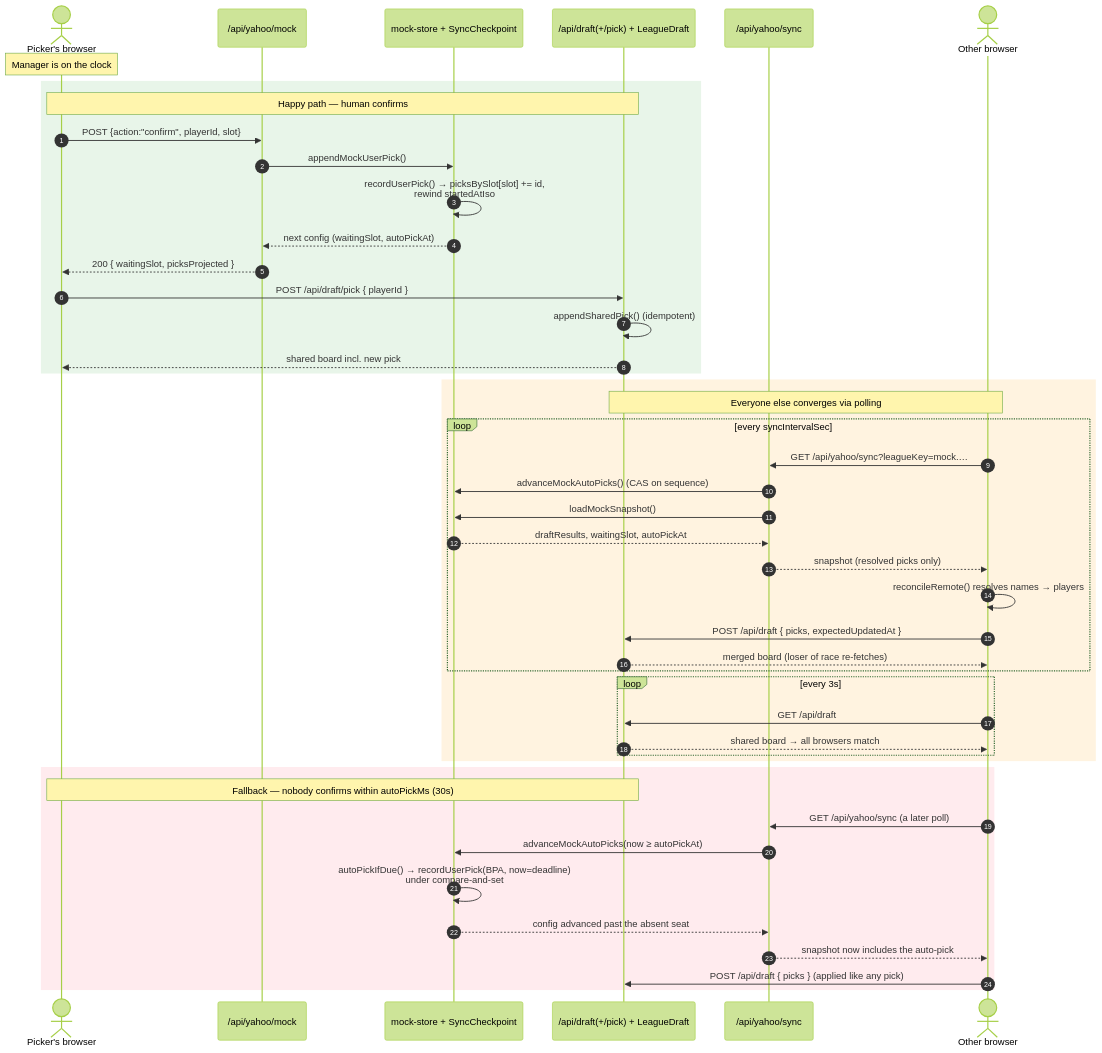
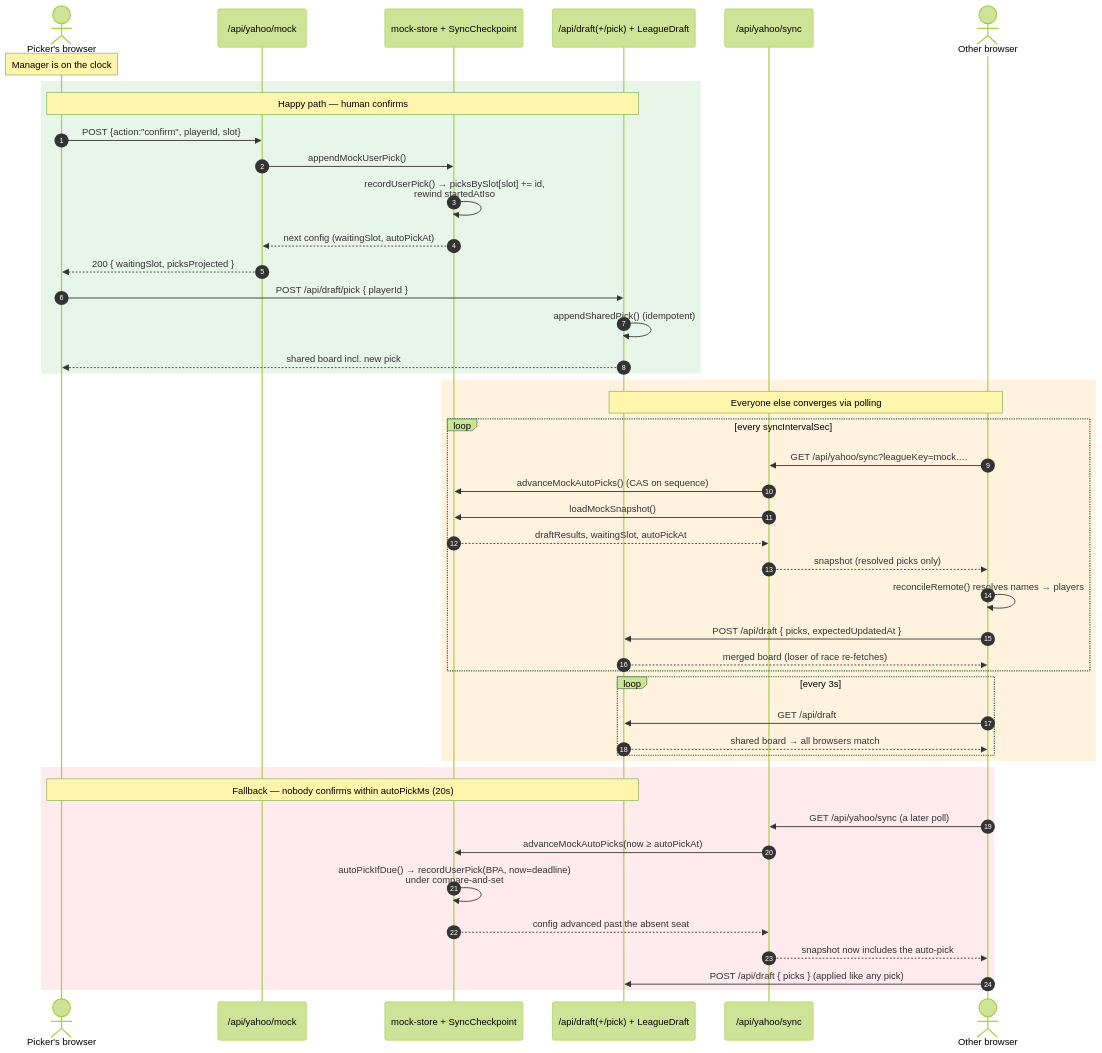
Before and after one commit to dconroy/ai-fantasy-football: the diagram in ARCHITECTURE.md, drawn with Mermaid (forest theme). The commit also changed other lines of this file and 3 other files, not shown here.

Commit message:
Update auto-draft timing from 30 seconds to 20 seconds in ARCHITECTURE.md, HOW-IT-WORKS.md, and route.ts. Adjust Draft Assistant component to reflect changes in auto-pick messaging and improve slot management logic for mock drafts.

````diff
--- a/ARCHITECTURE.md
+++ b/ARCHITECTURE.md
@@ -192,52 +192,52 @@
 ```mermaid
 sequenceDiagram
     autonumber
     actor Picker as Picker's browser
     participant MockAPI as /api/yahoo/mock
     participant Store as mock-store + SyncCheckpoint
     participant Board as /api/draft(+/pick) + LeagueDraft
     participant SyncAPI as /api/yahoo/sync
     actor Other as Other browser
 
     Note over Picker: Manager is on the clock
 
     rect rgb(232, 245, 233)
     Note over Picker,Board: Happy path — human confirms
     Picker->>MockAPI: POST {action:"confirm", playerId, slot}
     MockAPI->>Store: appendMockUserPick()
     Store->>Store: recordUserPick() → picksBySlot[slot] += id,<br/>rewind startedAtIso
     Store-->>MockAPI: next config (waitingSlot, autoPickAt)
     MockAPI-->>Picker: 200 { waitingSlot, picksProjected }
     Picker->>Board: POST /api/draft/pick { playerId }
     Board->>Board: appendSharedPick() (idempotent)
     Board-->>Picker: shared board incl. new pick
     end
 
     rect rgb(255, 243, 224)
     Note over Other,Board: Everyone else converges via polling
     loop every syncIntervalSec
         Other->>SyncAPI: GET /api/yahoo/sync?leagueKey=mock.…
         SyncAPI->>Store: advanceMockAutoPicks() (CAS on sequence)
         SyncAPI->>Store: loadMockSnapshot()
         Store-->>SyncAPI: draftResults, waitingSlot, autoPickAt
         SyncAPI-->>Other: snapshot (resolved picks only)
         Other->>Other: reconcileRemote() resolves names → players
         Other->>Board: POST /api/draft { picks, expectedUpdatedAt }
         Board-->>Other: merged board (loser of race re-fetches)
     end
     loop every 3s
         Other->>Board: GET /api/draft
         Board-->>Other: shared board → all browsers match
     end
     end
 
     rect rgb(255, 235, 238)
-    Note over Picker,Board: Fallback — nobody confirms within autoPickMs (30s)
+    Note over Picker,Board: Fallback — nobody confirms within autoPickMs (20s)
     Other->>SyncAPI: GET /api/yahoo/sync (a later poll)
     SyncAPI->>Store: advanceMockAutoPicks(now ≥ autoPickAt)
     Store->>Store: autoPickIfDue() → recordUserPick(BPA, now=deadline)<br/>under compare-and-set
     Store-->>SyncAPI: config advanced past the absent seat
     SyncAPI-->>Other: snapshot now includes the auto-pick
     Other->>Board: POST /api/draft { picks } (applied like any pick)
     end
 ```
````
